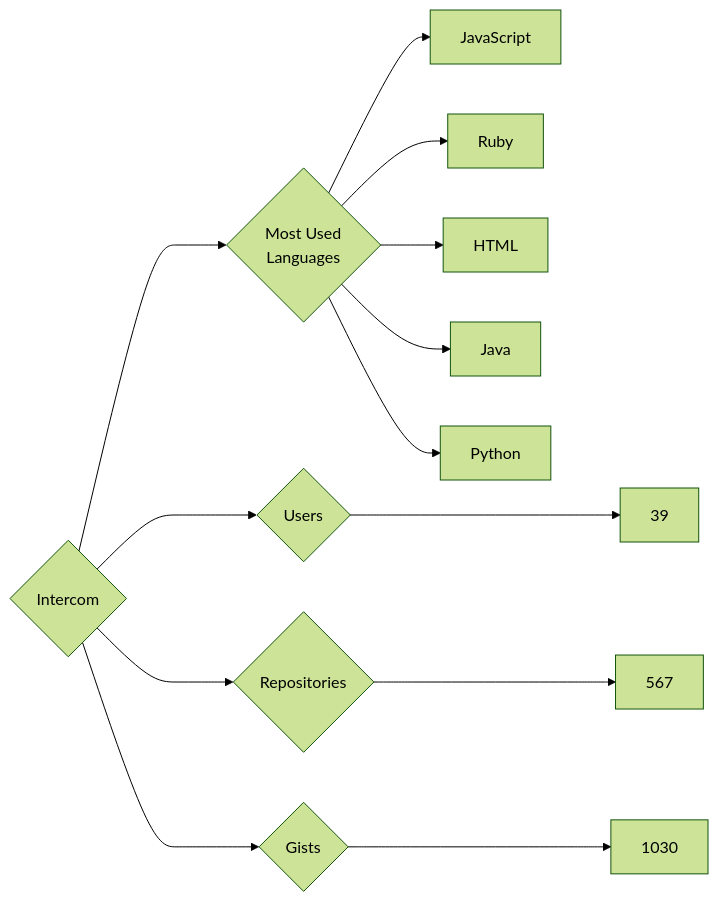
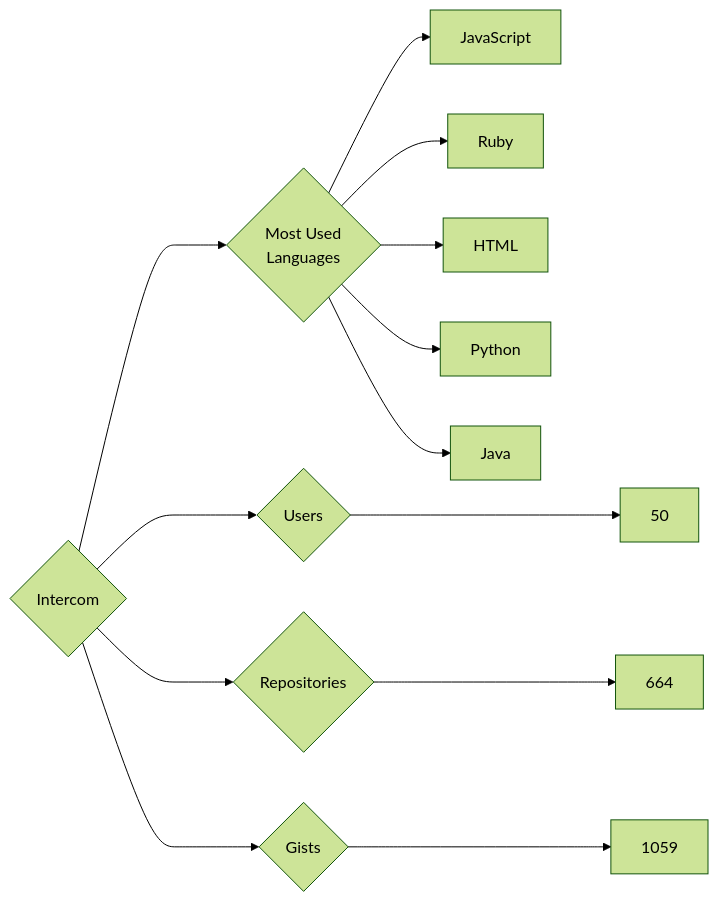
The diagram in targets/Intercom/README.md (trickest/insiders), drawn with Mermaid (forest theme) before and after one commit. The commit also changed 838 other files, not shown here.

````diff
--- a/targets/Intercom/README.md
+++ b/targets/Intercom/README.md
@@ -3,13 +3,13 @@
 ```mermaid
 graph LR
 COMPANY_NAME{Intercom}
-COMPANY_NAME ---> U{Users} ---> UN[39]
-COMPANY_NAME ---> R{Repositories} ---> RN[567]
-COMPANY_NAME ---> G{Gists} ---> GN[1030]
+COMPANY_NAME ---> U{Users} ---> UN[50]
+COMPANY_NAME ---> R{Repositories} ---> RN[664]
+COMPANY_NAME ---> G{Gists} ---> GN[1059]
 COMPANY_NAME ---> ML{Most Used<br>Languages}
 ML --> JavaScript[JavaScript]
 ML --> Ruby[Ruby]
 ML --> HTML[HTML]
+ML --> Python[Python]
 ML --> Java[Java]
-ML --> Python[Python]
 ```
````
